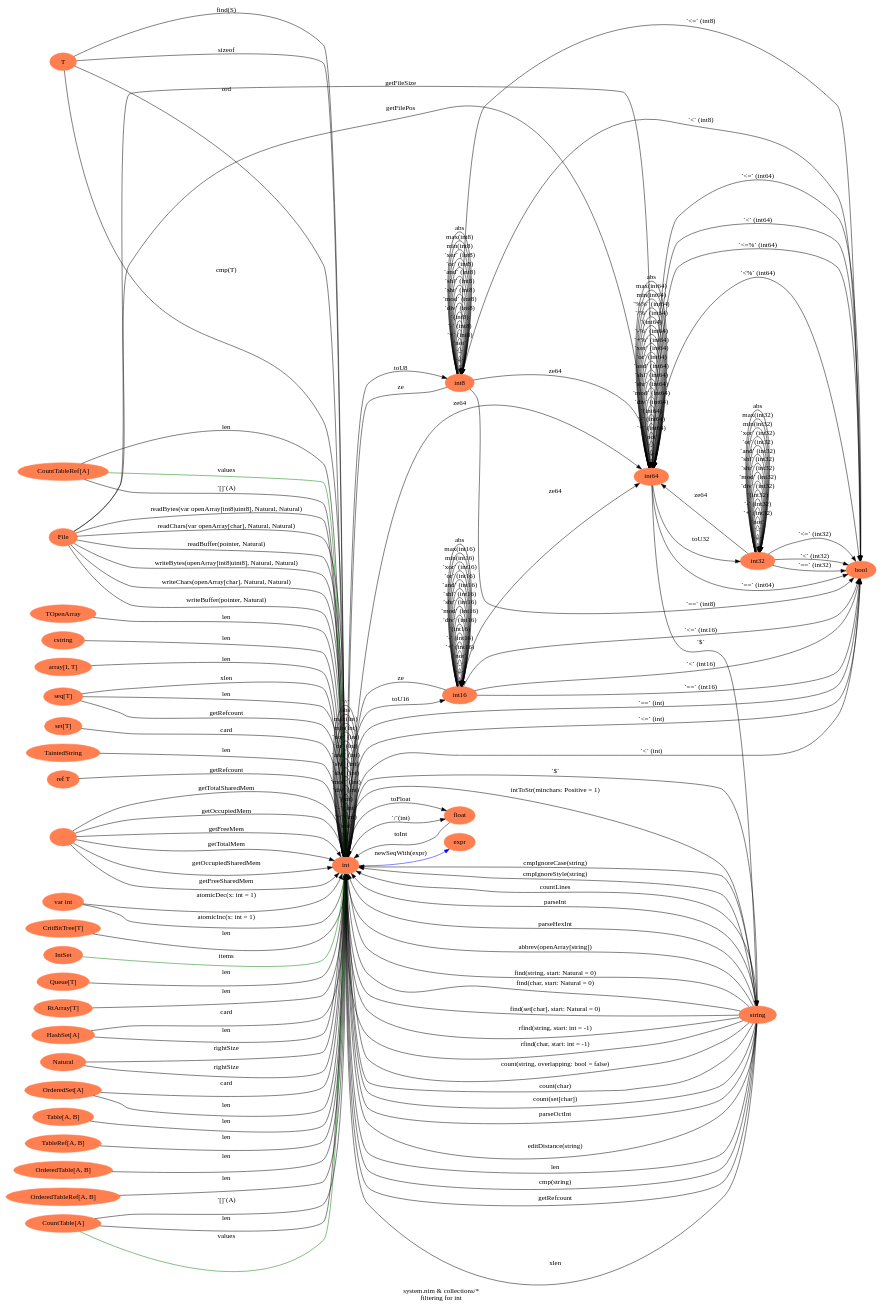
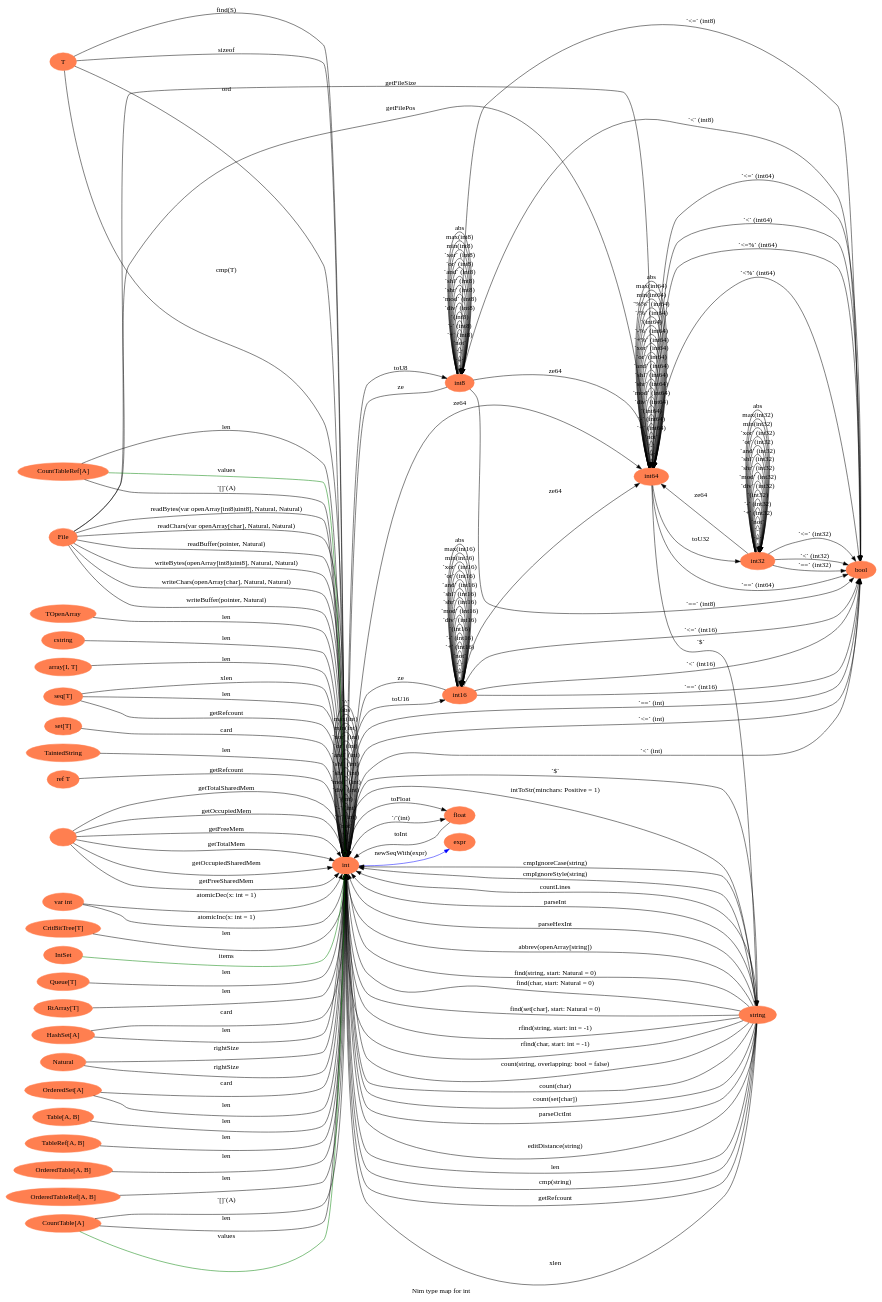
The diagram in output/int.dot (petermora/nimDot), drawn with Graphviz before and after one commit. The commit also changed 31 other files, not shown here.

```diff
--- a/output/int.dot
+++ b/output/int.dot
@@ -1,7 +1,6 @@
 digraph {
 graph [
-label = "system.nim & collections/*
-filtering for int";
+label = "Nim type map for int";
 rankdir=LR;
 ];
 node[color=coral, style=filled, label="T" ] N0;
```
